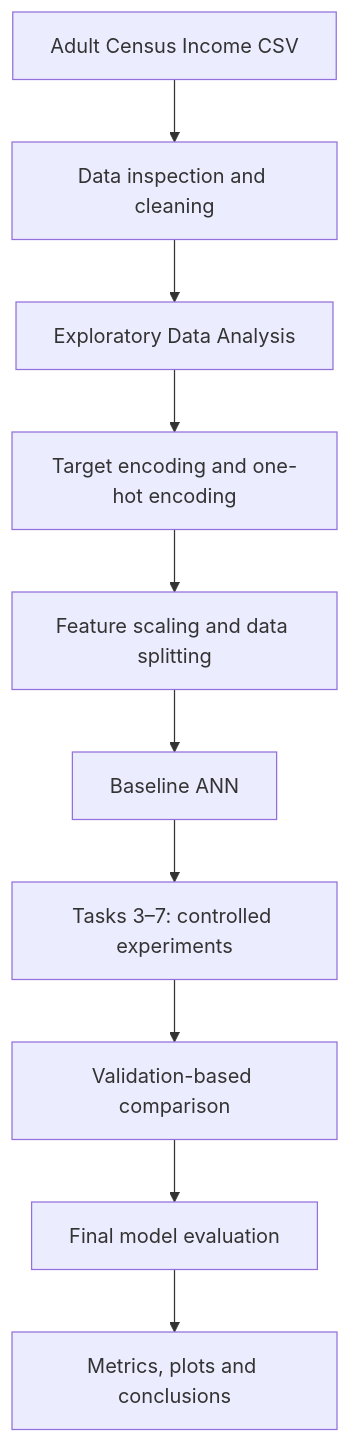
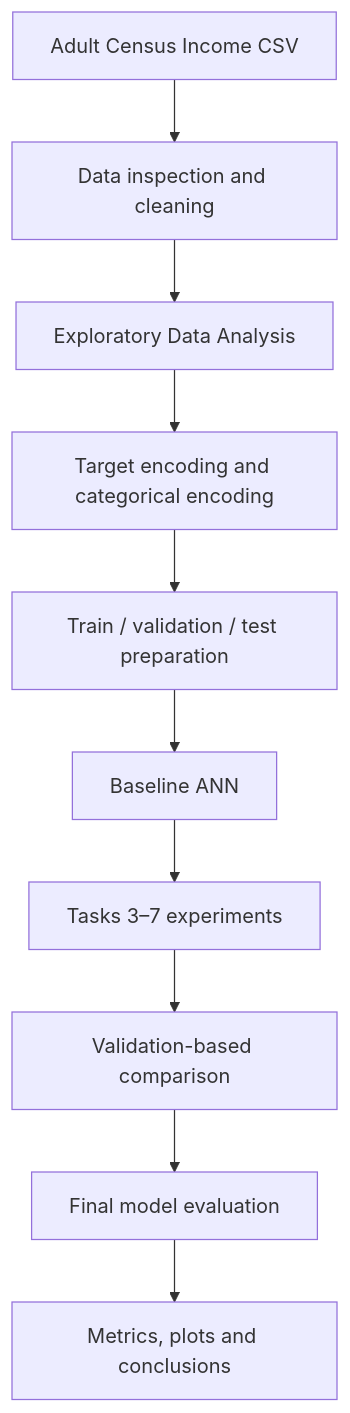
One commit to pmanan2031-web/PR-2.DEEP-LEARNING changed the diagram in README.md. Above: the diagram before and after it, drawn with Mermaid. The commit also changed other lines of this file, not shown here.

````diff
--- a/README.md
+++ b/README.md
@@ -82,12 +127,12 @@
 ```mermaid
 flowchart TD
     A["Adult Census Income CSV"] --> B["Data inspection and cleaning"]
     B --> C["Exploratory Data Analysis"]
-    C --> D["Target encoding and one-hot encoding"]
-    D --> E["Feature scaling and data splitting"]
+    C --> D["Target encoding and categorical encoding"]
+    D --> E["Train / validation / test preparation"]
     E --> F["Baseline ANN"]
-    F --> G["Tasks 3–7: controlled experiments"]
+    F --> G["Tasks 3–7 experiments"]
     G --> H["Validation-based comparison"]
     H --> I["Final model evaluation"]
     I --> J["Metrics, plots and conclusions"]
 ```
````
